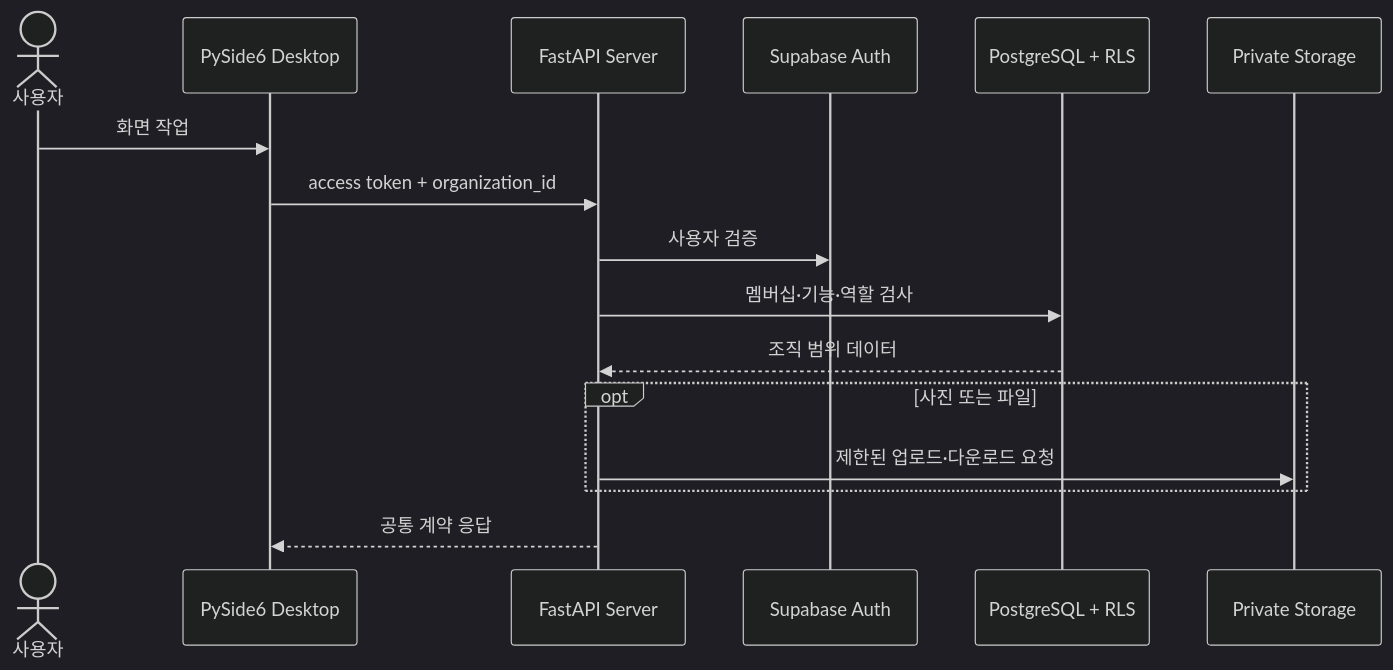
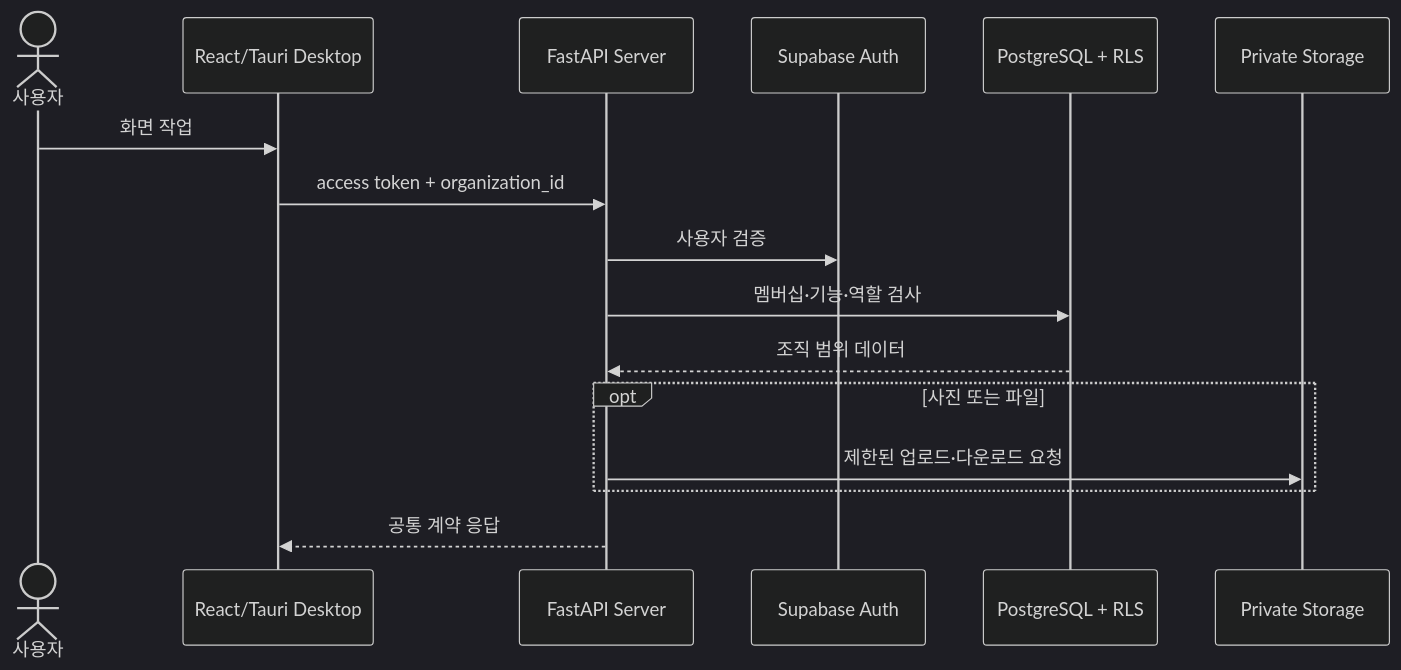
One commit to MyungSungKim12/business-assistant changed the diagram in docs/guide/developer/architecture.md. Above: the diagram before and after it, drawn with Mermaid (dark theme). The commit also changed other lines of this file and 214 other files, not shown here.

````diff
--- a/docs/guide/developer/architecture.md
+++ b/docs/guide/developer/architecture.md
@@ -23,19 +23,19 @@
 ```mermaid
 sequenceDiagram
   actor User as 사용자
-  participant Desktop as PySide6 Desktop
+  participant Desktop as React/Tauri Desktop
   participant API as FastAPI Server
   participant Auth as Supabase Auth
   participant DB as PostgreSQL + RLS
   participant Storage as Private Storage
 
   User->>Desktop: 화면 작업
   Desktop->>API: access token + organization_id
   API->>Auth: 사용자 검증
   API->>DB: 멤버십·기능·역할 검사
   DB-->>API: 조직 범위 데이터
   opt 사진 또는 파일
     API->>Storage: 제한된 업로드·다운로드 요청
   end
   API-->>Desktop: 공통 계약 응답
 ```
````
